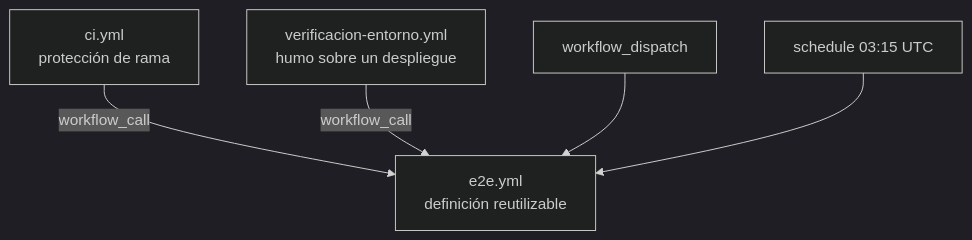
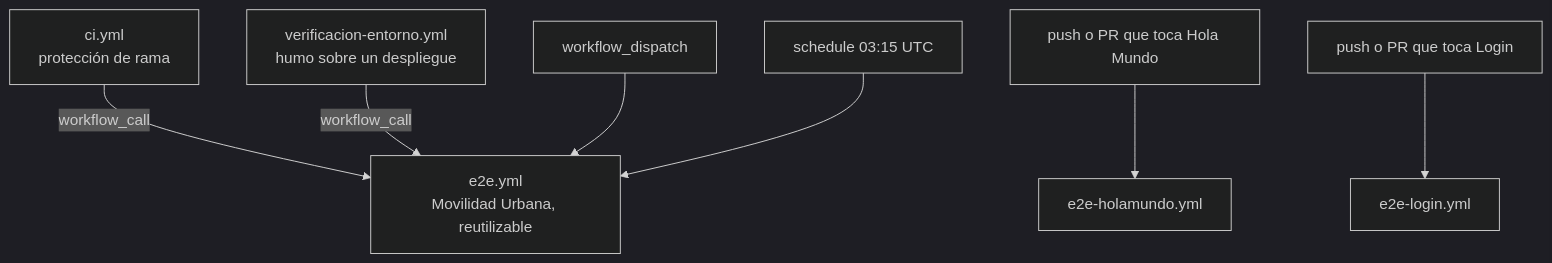
Before and after one commit to hdcm-dev/Lab-E2E.WebBlazor.Documentacion: the diagram in ia-db/Root/indexes/06_CI-Y-Workflows.md, drawn with Mermaid (dark theme). The commit also changed other lines of this file and 21 other files, not shown here.

````diff
--- a/ia-db/Root/indexes/06_CI-Y-Workflows.md
+++ b/ia-db/Root/indexes/06_CI-Y-Workflows.md
@@ -9,7 +10,9 @@
 ```mermaid
 graph TD
-    CI[ci.yml<br/>protección de rama] -->|workflow_call| E2E[e2e.yml<br/>definición reutilizable]
+    CI[ci.yml<br/>protección de rama] -->|workflow_call| E2E[e2e.yml<br/>Movilidad Urbana, reutilizable]
     VE[verificacion-entorno.yml<br/>humo sobre un despliegue] -->|workflow_call| E2E
     D[workflow_dispatch] --> E2E
     S[schedule 03:15 UTC] --> E2E
+    PH[push o PR que toca Hola Mundo] --> HM[e2e-holamundo.yml]
+    PL[push o PR que toca Login] --> LG[e2e-login.yml]
 ```
````
